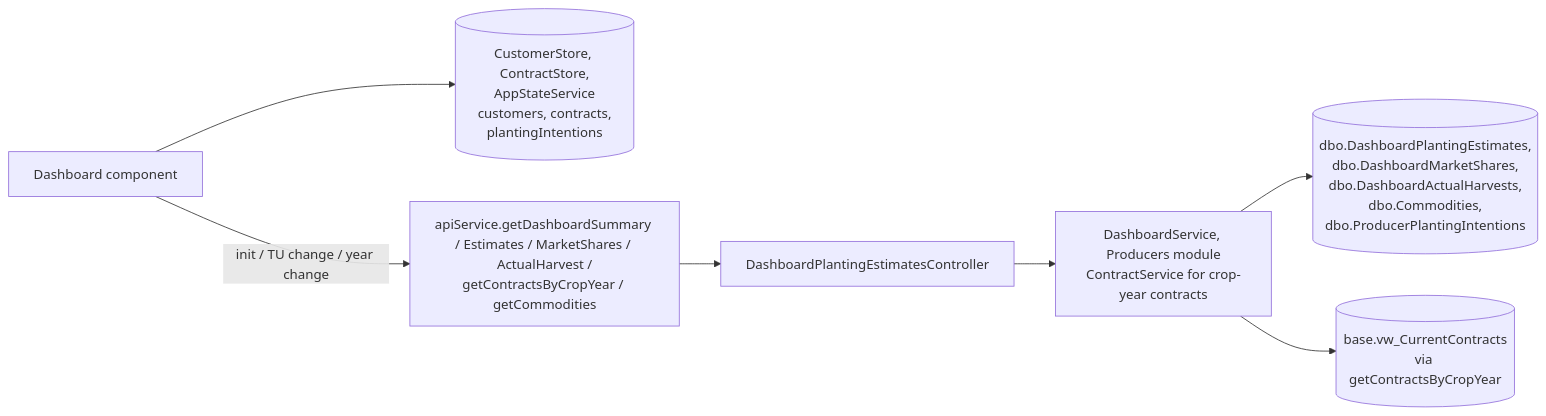
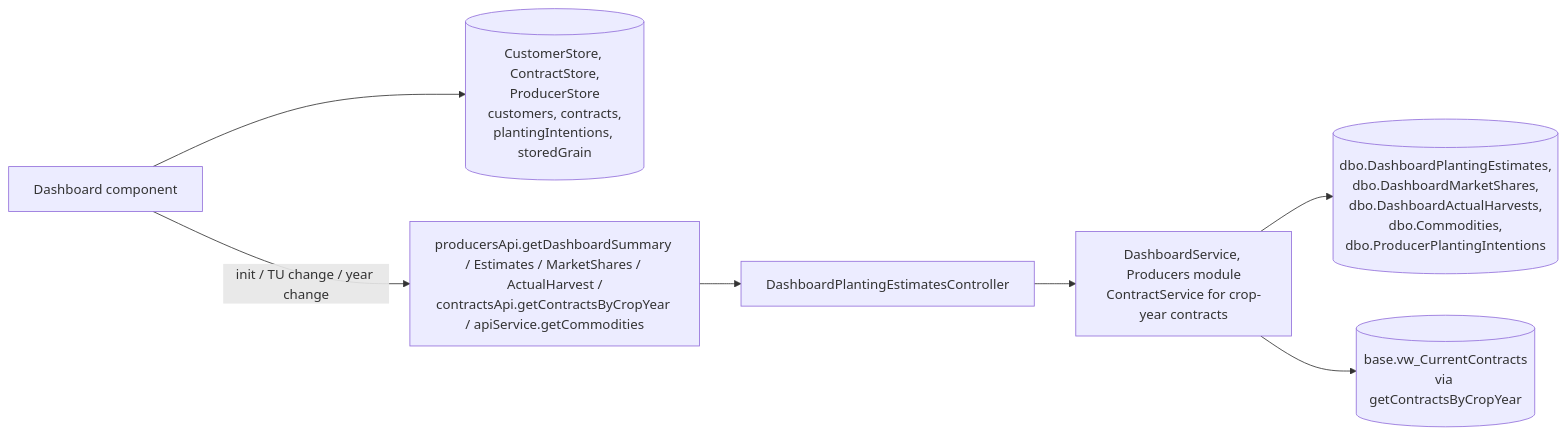
One commit to GrosseLimace/origination changed the diagram in docs/application-context/Planting Intentions Dashboard.md. Above: the diagram before and after it, drawn with Mermaid. The commit also changed other lines of this file and 59 other files, not shown here.

First line of the commit message:
refactor(client): move planting, stored grain and DP into the Producers module

````diff
--- a/docs/application-context/Planting Intentions Dashboard.md
+++ b/docs/application-context/Planting Intentions Dashboard.md
@@ -45,15 +45,15 @@
 ```mermaid
 flowchart LR
     UI[Dashboard component]
-    Cached[(CustomerStore, ContractStore,<br/>AppStateService<br/>customers, contracts,<br/>plantingIntentions)]
-    Fresh[apiService.getDashboardSummary / Estimates / MarketShares / ActualHarvest /<br/>getContractsByCropYear / getCommodities]
+    Cached[(CustomerStore, ContractStore,<br/>ProducerStore<br/>customers, contracts,<br/>plantingIntentions, storedGrain)]
+    Fresh[producersApi.getDashboardSummary / Estimates / MarketShares / ActualHarvest /<br/>contractsApi.getContractsByCropYear / apiService.getCommodities]
     CTL[DashboardPlantingEstimatesController]
     SVC[DashboardService, Producers module<br/>ContractService for crop-year contracts]
     APP[(dbo.DashboardPlantingEstimates,<br/>dbo.DashboardMarketShares,<br/>dbo.DashboardActualHarvests,<br/>dbo.Commodities,<br/>dbo.ProducerPlantingIntentions)]
     ODS[(base.vw_CurrentContracts<br/>via getContractsByCropYear)]
 
     UI -- "init / TU change / year change" --> Fresh
     UI --> Cached
     Fresh --> CTL --> SVC --> APP
     SVC --> ODS
 ```
````
